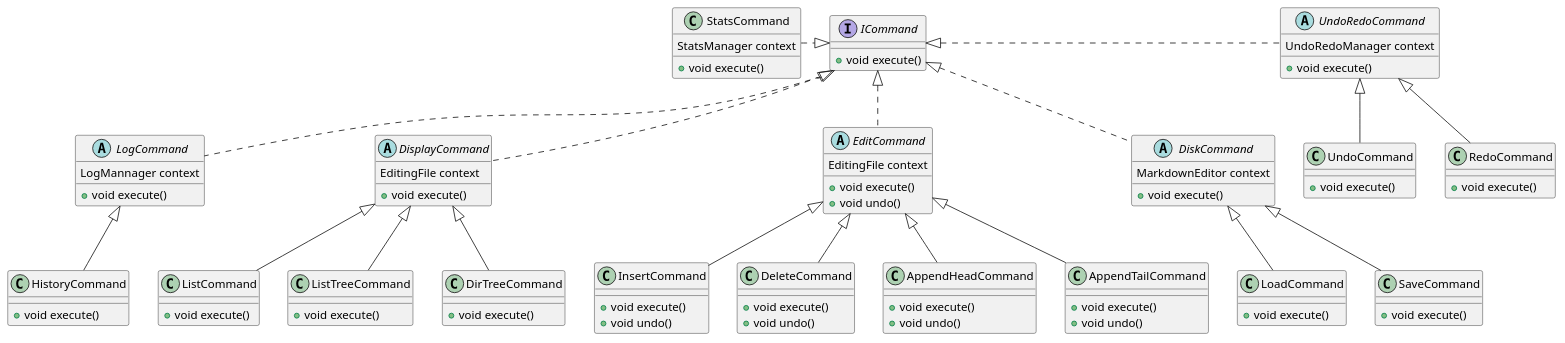
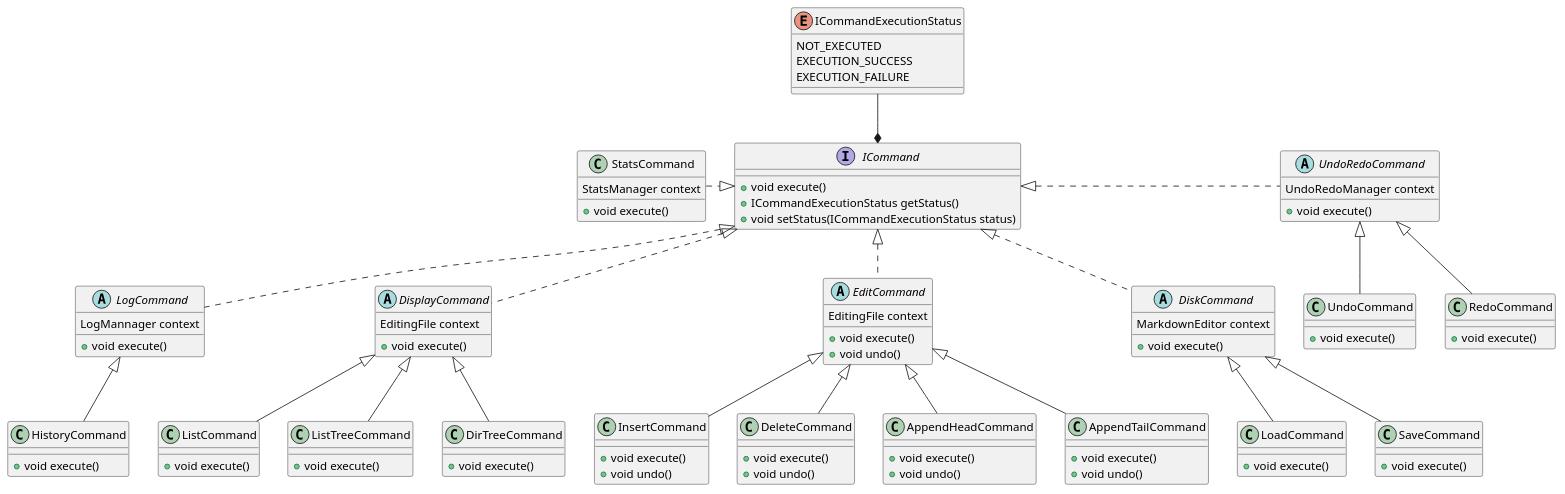
One commit to niconiconi1234/asdt_lab_2023 changed the diagram in lab1/uml_design/command.puml. Above: the diagram before and after it, drawn with PlantUML. The commit also changed 3 other files, not shown here.

Commit message:
[lab1] update uml design

```diff
--- a/lab1/uml_design/command.puml
+++ b/lab1/uml_design/command.puml
@@ -1,125 +1,136 @@
 @startuml command
+
+enum ICommandExecutionStatus {
+    NOT_EXECUTED
+    EXECUTION_SUCCESS
+    EXECUTION_FAILURE
+}
+
 interface ICommand {
     + void execute()
+    + ICommandExecutionStatus getStatus()
+    + void setStatus(ICommandExecutionStatus status)
 }
+
+ICommandExecutionStatus --* ICommand
 
 abstract class DiskCommand {
     MarkdownEditor context
     + void execute()
 }
 
 DiskCommand .up.|> ICommand
 
 class LoadCommand {
     + void execute()
 }
 
 LoadCommand -up-|> DiskCommand
 
 class SaveCommand {
     + void execute()
 }
 
 SaveCommand -up-|> DiskCommand
 
 abstract class EditCommand {
     EditingFile context
     + void execute()
     + void undo()
 }
 
 EditCommand .up.|> ICommand
 
 class InsertCommand {
     + void execute()
     + void undo()
 }
 
 InsertCommand -up-|> EditCommand
 
 class DeleteCommand {
     + void execute()
     + void undo()
 }
 
 DeleteCommand -up-|> EditCommand
 
 class AppendHeadCommand {
     + void execute()
     + void undo()
 }
 
 AppendHeadCommand -up-|> EditCommand
 
 class AppendTailCommand {
     + void execute()
     + void undo()
 }
 
 AppendTailCommand -up-|> EditCommand
 
 abstract class DisplayCommand {
     EditingFile context
     + void execute()
 }
 
 DisplayCommand .up.|> ICommand
 
 class ListCommand {
     + void execute()
 }
 
 ListCommand -up-|> DisplayCommand
 
 class ListTreeCommand {
     + void execute()
 }
 
 ListTreeCommand -up-|> DisplayCommand
 
 class DirTreeCommand {
     + void execute()
 }
 
 DirTreeCommand -up-|> DisplayCommand
 
 abstract class UndoRedoCommand {
     UndoRedoManager context
     + void execute()
 }
 
 UndoRedoCommand .left.|> ICommand
 
 class UndoCommand {
     + void execute()
 }
 
 UndoCommand -up-|> UndoRedoCommand
 
 class RedoCommand {
     + void execute()
 }
 
 RedoCommand -up-|> UndoRedoCommand
 
 abstract class LogCommand {
     LogMannager context
     + void execute()
 }
 
 LogCommand .up.|> ICommand
 
 class HistoryCommand {
     + void execute()
 }
 
 HistoryCommand -up-|> LogCommand
 
 class StatsCommand {
     StatsManager context
     + void execute()
 }
 
 StatsCommand .right.|> ICommand
 
 @enduml
```
